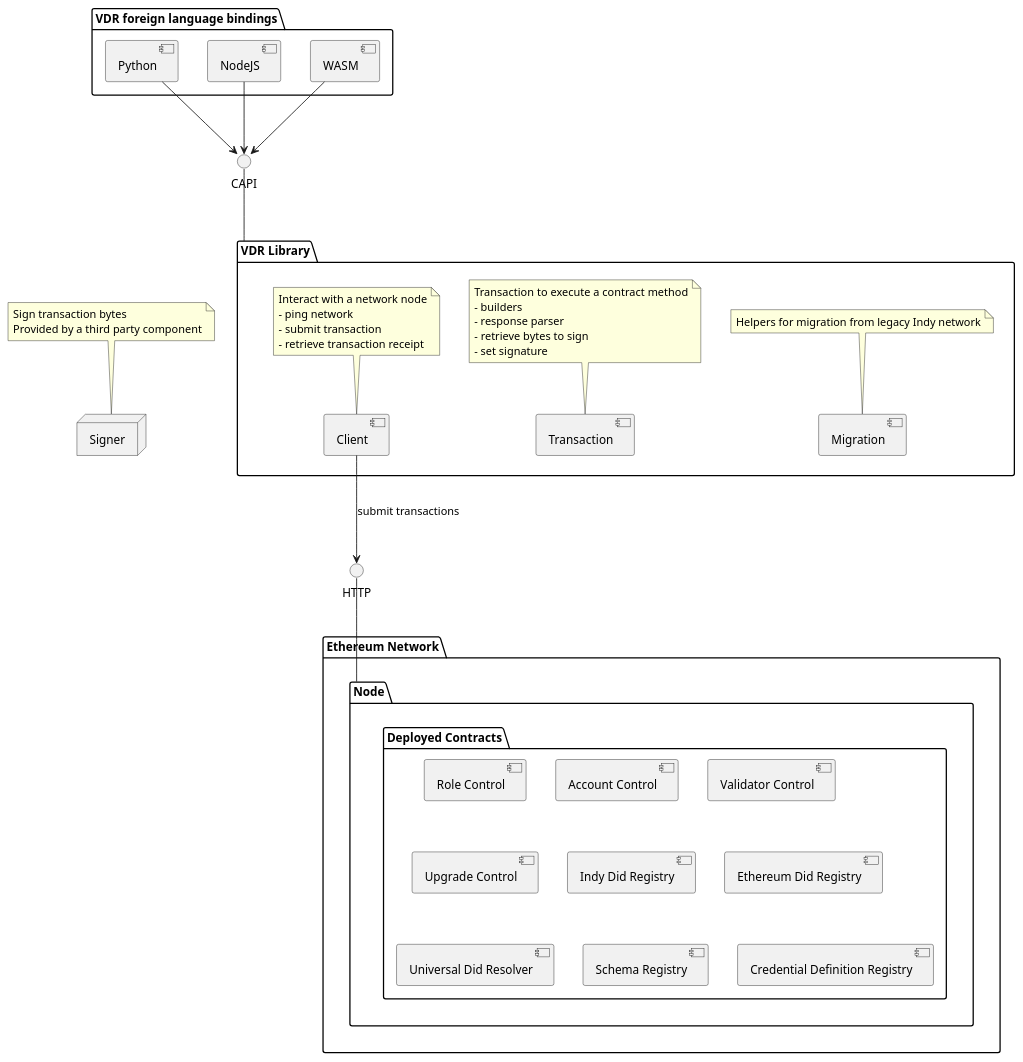
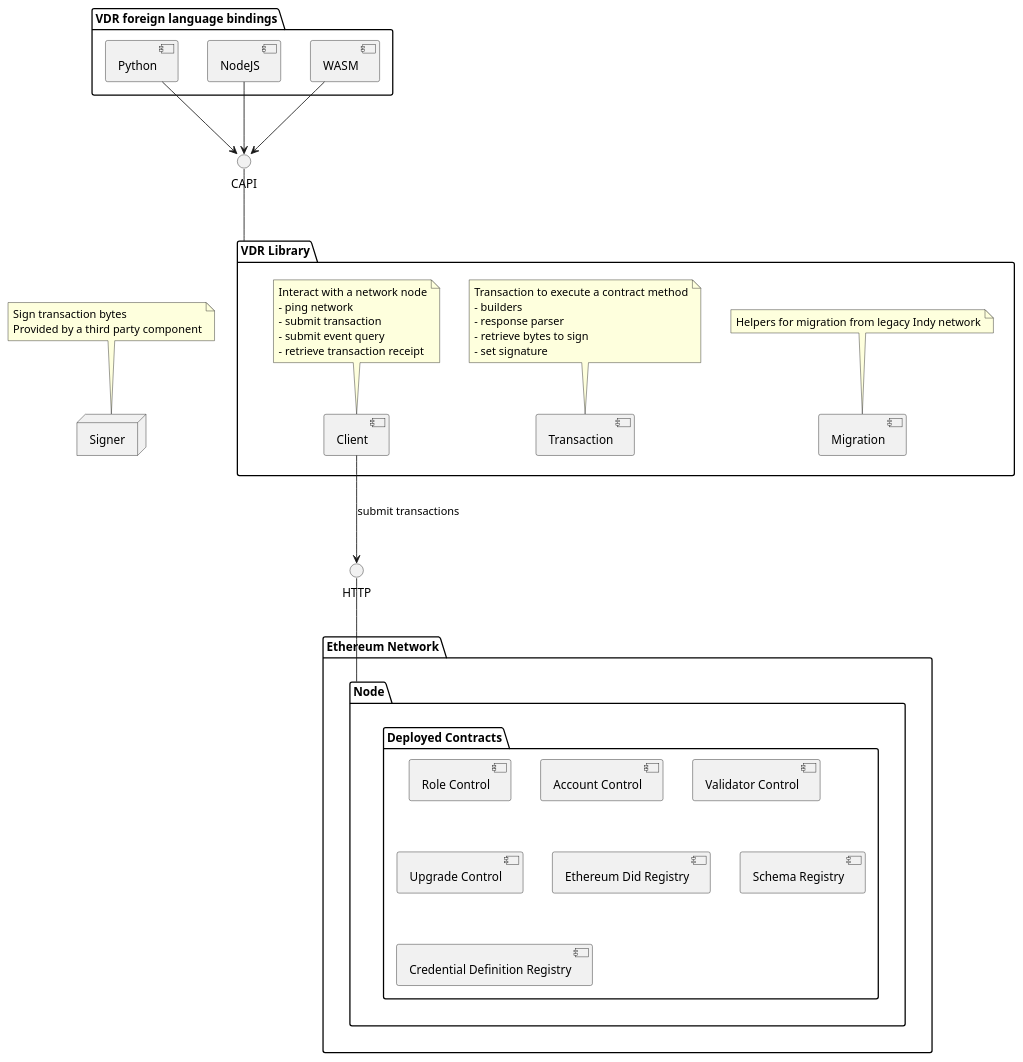
Before and after one commit to hyperledger/indy-besu: the diagram in docs/design/conmponents.puml, drawn with PlantUML. The commit also changed 123 other files, not shown here.

First line of the commit message:
Updates CL contracts to use event based approach + Drop did:indy2 (#11)

```diff
--- a/docs/design/conmponents.puml
+++ b/docs/design/conmponents.puml
@@ -1,71 +1,70 @@
 @startuml
 
 package "Ethereum Network" {
     package "Node" {
         package "Deployed Contracts" {
             component [Role Control]
             component [Account Control]
             component [Validator Control]
             component [Upgrade Control]
-            component [Indy Did Registry]
             component [Ethereum Did Registry]
-            component [Universal Did Resolver]
             component [Schema Registry]
             component [Credential Definition Registry]
         }
     }
 }
 
 together {
 
     package "VDR Library" {
 
         component Migration
         note top of [Migration]
           Helpers for migration from legacy Indy network
         end note
 
         component Transaction
         note top of [Transaction]
           Transaction to execute a contract method
           - builders
           - response parser
           - retrieve bytes to sign
           - set signature
         end note
 
         component Client
         note top of [Client]
           Interact with a network node
           - ping network
           - submit transaction
+          - submit event query
           - retrieve transaction receipt
         end note
     }
 
     node Signer
     note top of [Signer]
       Sign transaction bytes
       Provided by a third party component
     end note
 
 }
 
 package "VDR foreign language bindings" {
     component Python
     component NodeJS
     component WASM
 }
 
 interface HTTP
 interface CAPI
 
 [Client] --> HTTP : submit transactions
 HTTP -- [Node]
 
 [Python] --> [CAPI]
 [NodeJS] --> [CAPI]
 [WASM] --> [CAPI]
 [CAPI] -- [VDR Library]
 
 @enduml
```
